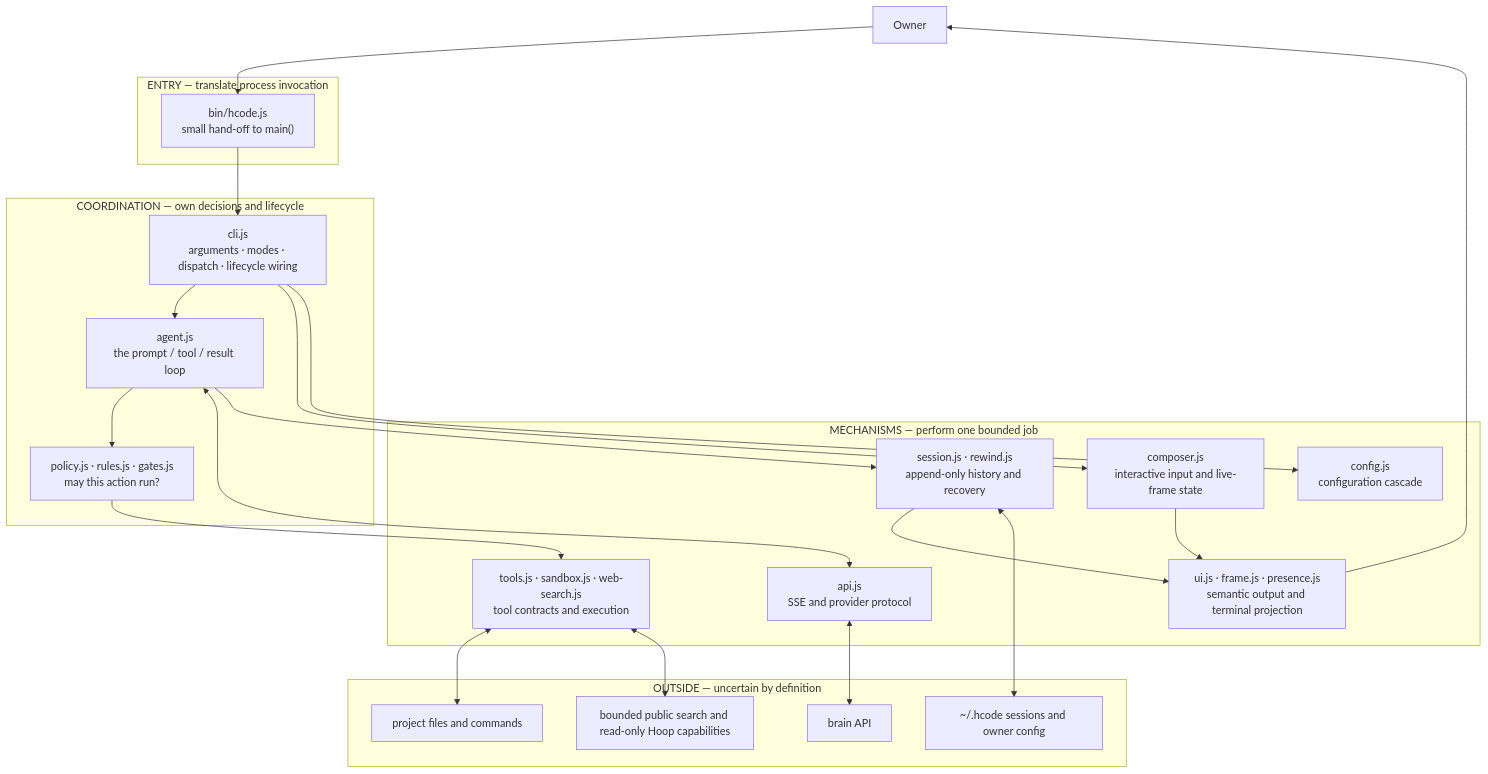
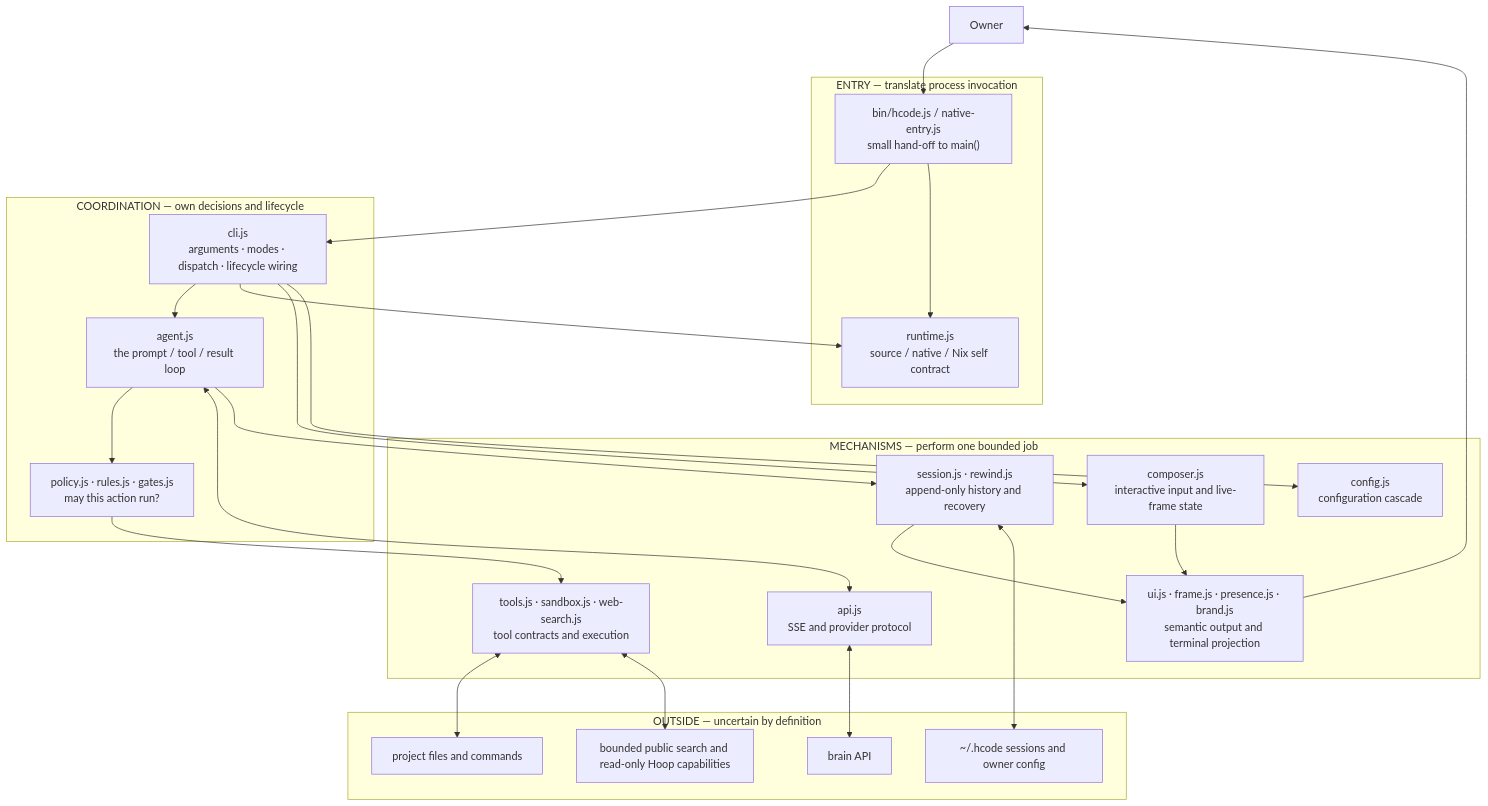
Before and after one commit to hoopgram/hcode: the second of 4 diagrams in ARCHITECTURE.md, drawn with Mermaid. The commit also changed other lines of this file and 37 other files, not shown here.

````diff
--- a/ARCHITECTURE.md
+++ b/ARCHITECTURE.md
@@ -56,46 +56,49 @@
 ```mermaid
 flowchart TB
     Owner["Owner"] --> Bin
 
     subgraph Entry["ENTRY — translate process invocation"]
-        Bin["bin/hcode.js<br/>small hand-off to main()"]
+        Bin["bin/hcode.js / native-entry.js<br/>small hand-off to main()"]
+        Runtime["runtime.js<br/>source / native / Nix self contract"]
     end
 
     subgraph Coordination["COORDINATION — own decisions and lifecycle"]
         CLI["cli.js<br/>arguments · modes · dispatch · lifecycle wiring"]
         Agent["agent.js<br/>the prompt / tool / result loop"]
         Gate["policy.js · rules.js · gates.js<br/>may this action run?"]
         CLI --> Agent
         Agent --> Gate
     end
 
     subgraph Mechanisms["MECHANISMS — perform one bounded job"]
         API["api.js<br/>SSE and provider protocol"]
         Tooling["tools.js · sandbox.js · web-search.js<br/>tool contracts and execution"]
         Events["session.js · rewind.js<br/>append-only history and recovery"]
         Composer["composer.js<br/>interactive input and live-frame state"]
-        Projection["ui.js · frame.js · presence.js<br/>semantic output and terminal projection"]
+        Projection["ui.js · frame.js · presence.js · brand.js<br/>semantic output and terminal projection"]
         Config["config.js<br/>configuration cascade"]
     end
 
     subgraph Outside["OUTSIDE — uncertain by definition"]
         Provider["brain API"]
         Files["project files and commands"]
         Saved["~/.hcode sessions and owner config"]
         Connected["bounded public search and read-only Hoop capabilities"]
     end
 
     Bin --> CLI
+    Bin --> Runtime
+    CLI --> Runtime
     CLI --> Composer
     CLI --> Config
     Agent <--> API
     Gate --> Tooling
     Agent --> Events
     Events --> Projection
     Composer --> Projection
     API <--> Provider
     Tooling <--> Files
     Tooling <--> Connected
     Events <--> Saved
     Projection --> Owner
 ```
````
